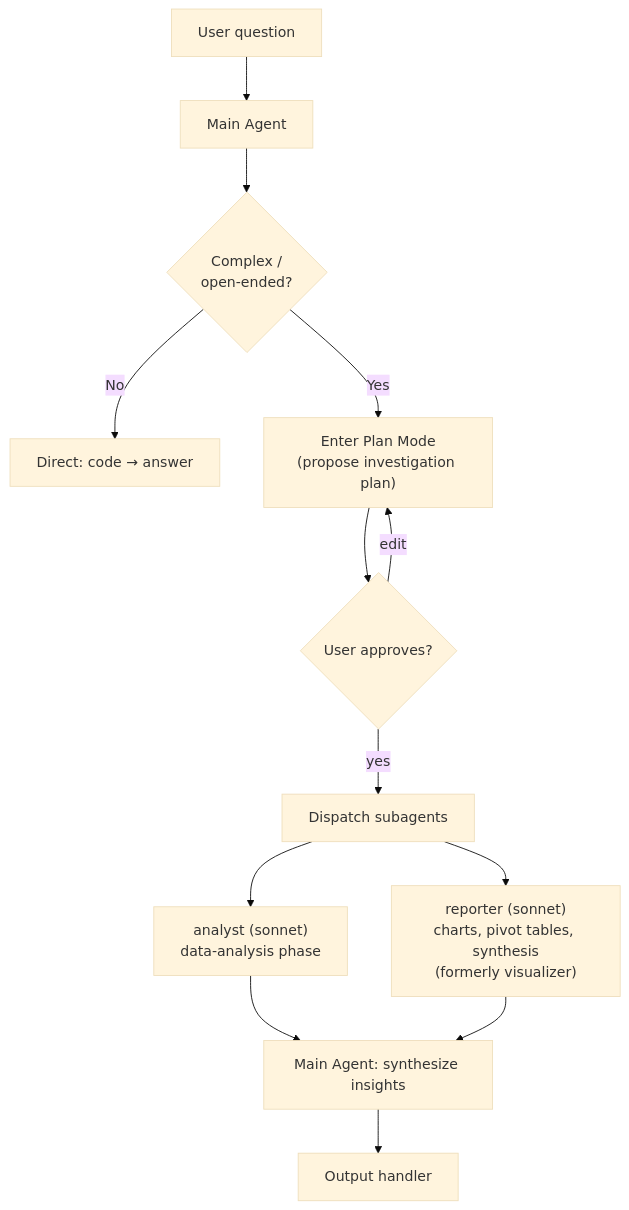
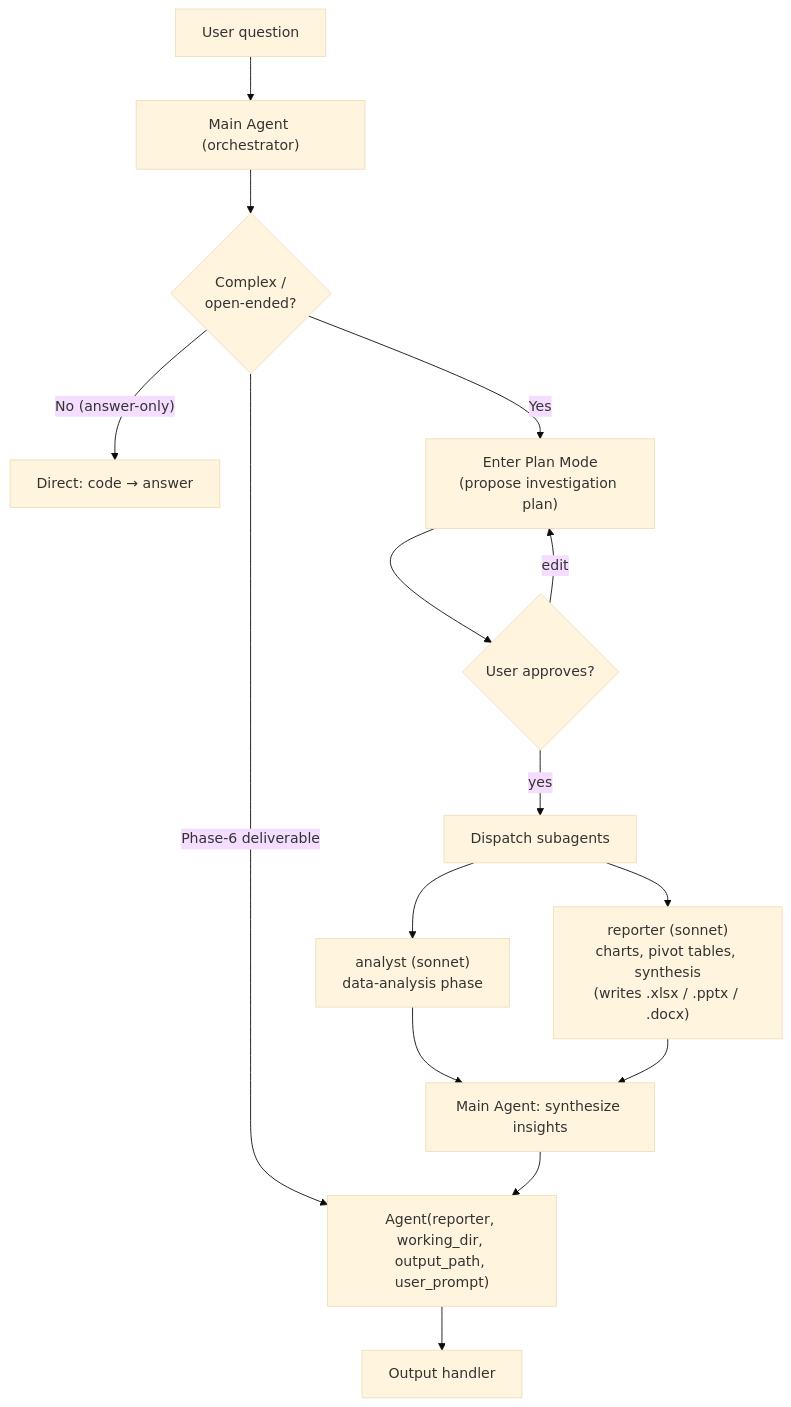
The fifth of 11 diagrams in docs/technical-spec.md (PhuongBui712/da-agent-be), drawn with Mermaid (base theme) before and after one commit. The commit also changed other lines of this file and 2 other files, not shown here.

````diff
--- a/docs/technical-spec.md
+++ b/docs/technical-spec.md
@@ -254,15 +296,17 @@
 ```mermaid
 flowchart TB
-  U["User question"] --> M["Main Agent"]
+  U["User question"] --> M["Main Agent (orchestrator)"]
   M --> PM{"Complex /<br/>open-ended?"}
-  PM -->|"No"| Q["Direct: code → answer"]
+  PM -->|"No (answer-only)"| Q["Direct: code → answer"]
+  PM -->|"Phase-6 deliverable"| RPT["Agent(reporter, working_dir, output_path, user_prompt)"]
   PM -->|"Yes"| PLAN["Enter Plan Mode<br/>(propose investigation plan)"]
   PLAN --> APPROVE{"User approves?"}
   APPROVE -->|"edit"| PLAN
   APPROVE -->|"yes"| FAN["Dispatch subagents"]
 
   FAN --> S1["analyst (sonnet)<br/>data-analysis phase"]
-  FAN --> S2["reporter (sonnet)<br/>charts, pivot tables, synthesis<br/>(formerly visualizer)"]
+  FAN --> S2["reporter (sonnet)<br/>charts, pivot tables, synthesis<br/>(writes .xlsx / .pptx / .docx)"]
   S1 & S2 --> SYN["Main Agent: synthesize insights"]
-  SYN --> OUT["Output handler"]
+  SYN --> RPT
+  RPT --> OUT["Output handler"]
 ```
````
